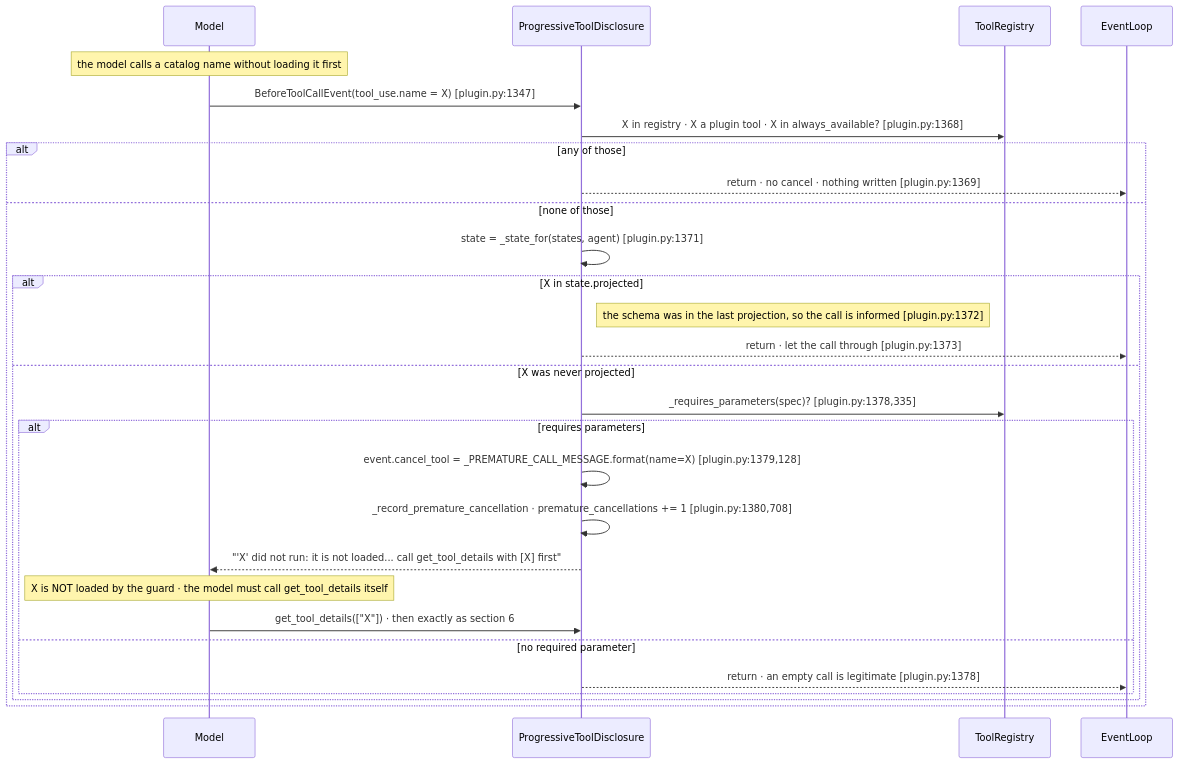
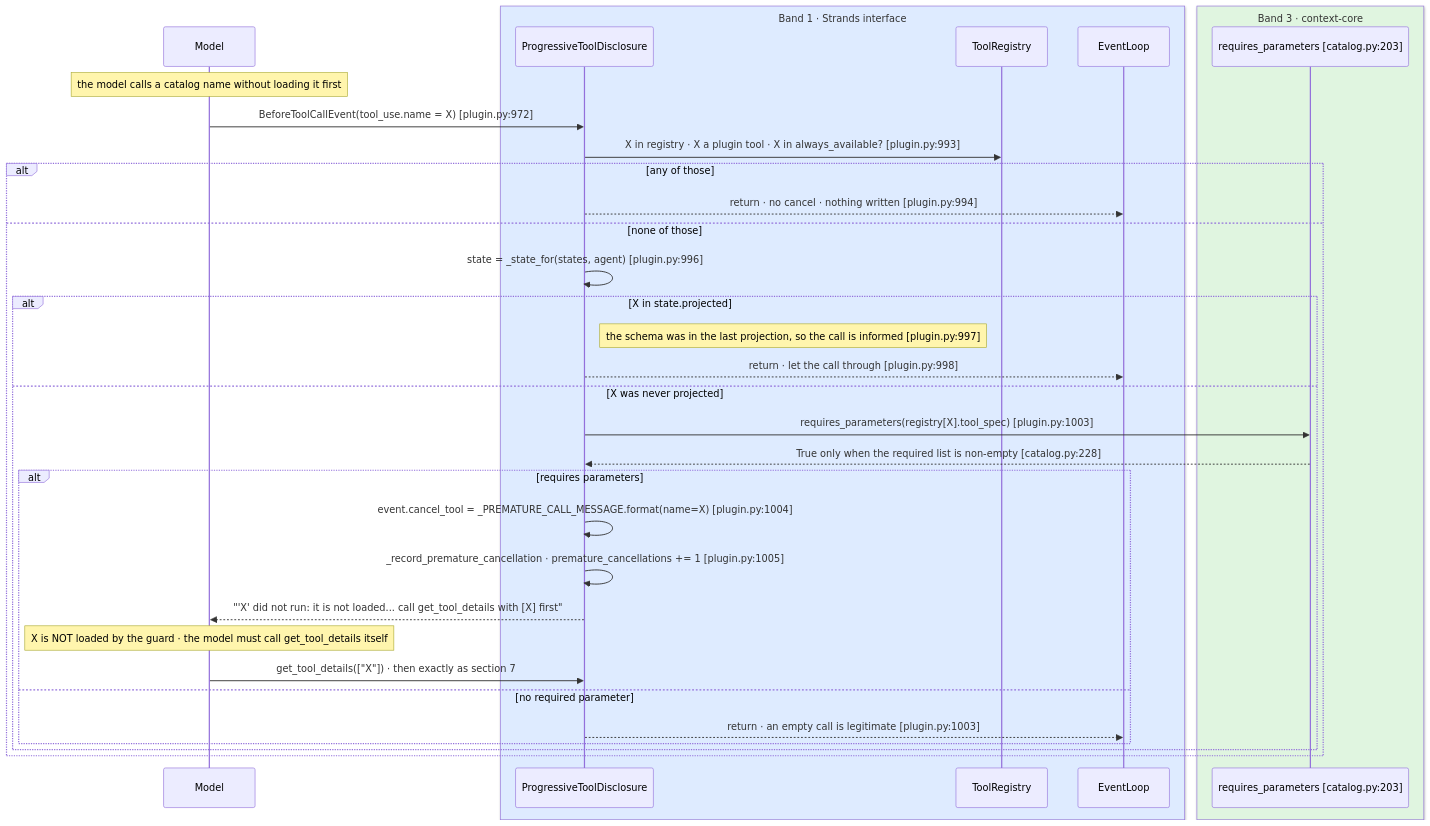
One commit to aws-samples/sample-context-engineering changed the sixth of 7 diagrams in docs/design/sequence/sequence-b-progressive-tool-disclosure.md. Above: the diagram before and after it, drawn with Mermaid. The commit also changed other lines of this file and 22 other files, not shown here.

````diff
--- a/docs/design/sequence/sequence-b-progressive-tool-disclosure.md
+++ b/docs/design/sequence/sequence-b-progressive-tool-disclosure.md
@@ -391,31 +532,37 @@
 ```mermaid
 sequenceDiagram
     participant Model
-    participant Plugin as ProgressiveToolDisclosure
-    participant Reg as ToolRegistry
-    participant EventLoop
+    box rgb(222,235,255) Band 1 · Strands interface
+        participant Plugin as ProgressiveToolDisclosure
+        participant Reg as ToolRegistry
+        participant EventLoop
+    end
+    box rgb(224,245,224) Band 3 · context-core
+        participant Req as requires_parameters [catalog.py:203]
+    end
 
     Note over Model: the model calls a catalog name without loading it first
-    Model->>Plugin: BeforeToolCallEvent(tool_use.name = X) [plugin.py:1347]
-    Plugin->>Reg: X in registry · X a plugin tool · X in always_available? [plugin.py:1368]
+    Model->>Plugin: BeforeToolCallEvent(tool_use.name = X) [plugin.py:972]
+    Plugin->>Reg: X in registry · X a plugin tool · X in always_available? [plugin.py:993]
     alt any of those
-        Plugin-->>EventLoop: return · no cancel · nothing written [plugin.py:1369]
+        Plugin-->>EventLoop: return · no cancel · nothing written [plugin.py:994]
     else none of those
-        Plugin->>Plugin: state = _state_for(states, agent) [plugin.py:1371]
+        Plugin->>Plugin: state = _state_for(states, agent) [plugin.py:996]
         alt X in state.projected
-            Note right of Plugin: the schema was in the last projection, so the call is informed [plugin.py:1372]
-            Plugin-->>EventLoop: return · let the call through [plugin.py:1373]
+            Note right of Plugin: the schema was in the last projection, so the call is informed [plugin.py:997]
+            Plugin-->>EventLoop: return · let the call through [plugin.py:998]
         else X was never projected
-            Plugin->>Reg: _requires_parameters(spec)? [plugin.py:1378,335]
+            Plugin->>Req: requires_parameters(registry[X].tool_spec) [plugin.py:1003]
+            Req-->>Plugin: True only when the required list is non-empty [catalog.py:228]
             alt requires parameters
-                Plugin->>Plugin: event.cancel_tool = _PREMATURE_CALL_MESSAGE.format(name=X) [plugin.py:1379,128]
-                Plugin->>Plugin: _record_premature_cancellation · premature_cancellations += 1 [plugin.py:1380,708]
+                Plugin->>Plugin: event.cancel_tool = _PREMATURE_CALL_MESSAGE.format(name=X) [plugin.py:1004]
+                Plugin->>Plugin: _record_premature_cancellation · premature_cancellations += 1 [plugin.py:1005]
                 Plugin-->>Model: "'X' did not run: it is not loaded... call get_tool_details with [X] first"
                 Note over Model: X is NOT loaded by the guard · the model must call get_tool_details itself
-                Model->>Plugin: get_tool_details(["X"]) · then exactly as section 6
+                Model->>Plugin: get_tool_details(["X"]) · then exactly as section 7
             else no required parameter
-                Plugin-->>EventLoop: return · an empty call is legitimate [plugin.py:1378]
+                Plugin-->>EventLoop: return · an empty call is legitimate [plugin.py:1003]
             end
         end
     end
 ```
````
